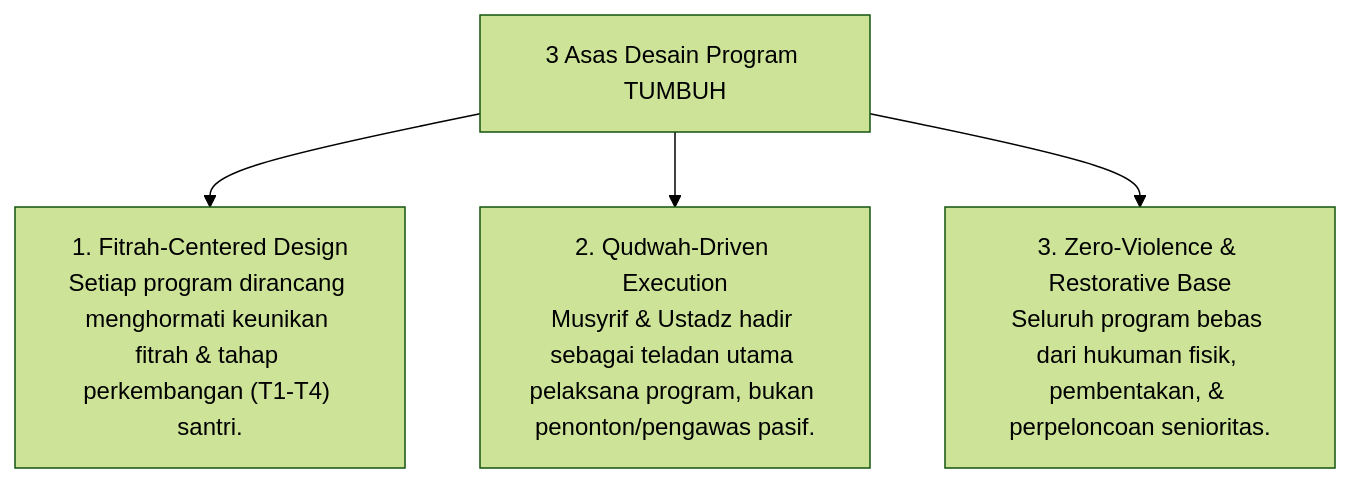
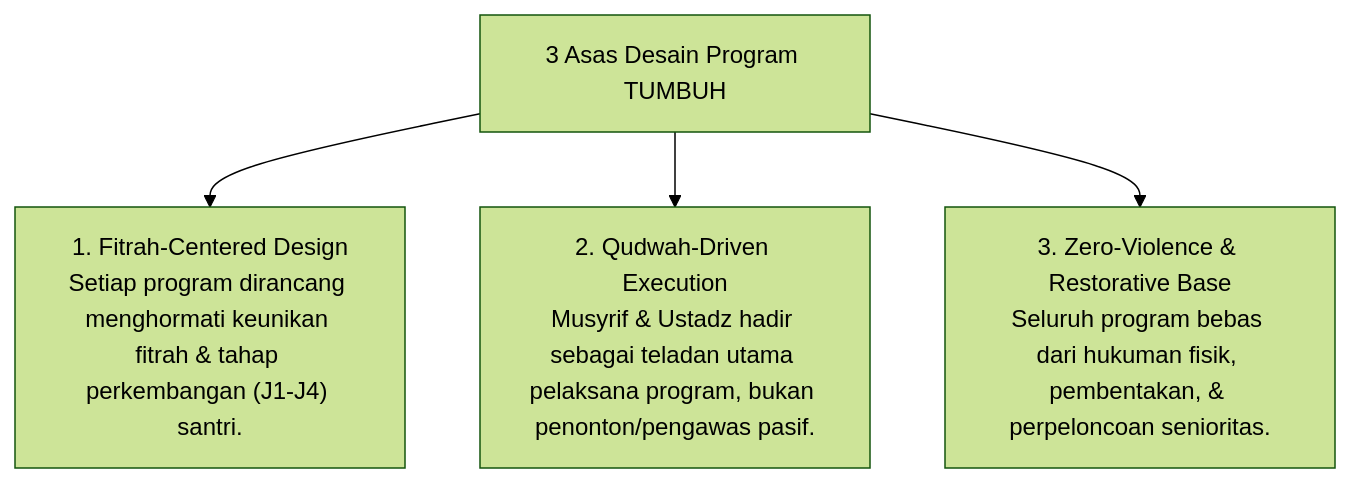
The first of 2 diagrams in 09 Programs/P9-00-Programs-Induk.md (wandiapriliyandi/tumbuh), drawn with Mermaid (forest theme) before and after one commit. The commit also changed 209 other files, not shown here.

````diff
--- a/09 Programs/P9-00-Programs-Induk.md
+++ b/09 Programs/P9-00-Programs-Induk.md
@@ -14,7 +14,7 @@
 ```mermaid
 graph TD
     ProgramDesign["3 Asas Desain Program TUMBUH"]
-    ProgramDesign --> FitrahCentered["1. Fitrah-Centered Design<br/>Setiap program dirancang menghormati keunikan fitrah & tahap perkembangan (T1-T4) santri."]
+    ProgramDesign --> FitrahCentered["1. Fitrah-Centered Design<br/>Setiap program dirancang menghormati keunikan fitrah & tahap perkembangan (J1-J4) santri."]
     ProgramDesign --> QudwahExec["2. Qudwah-Driven Execution<br/>Musyrif & Ustadz hadir sebagai teladan utama pelaksana program, bukan penonton/pengawas pasif."]
     ProgramDesign --> RestorativeBase["3. Zero-Violence & Restorative Base<br/>Seluruh program bebas dari hukuman fisik, pembentakan, & perpeloncoan senioritas."]
 ```
````
